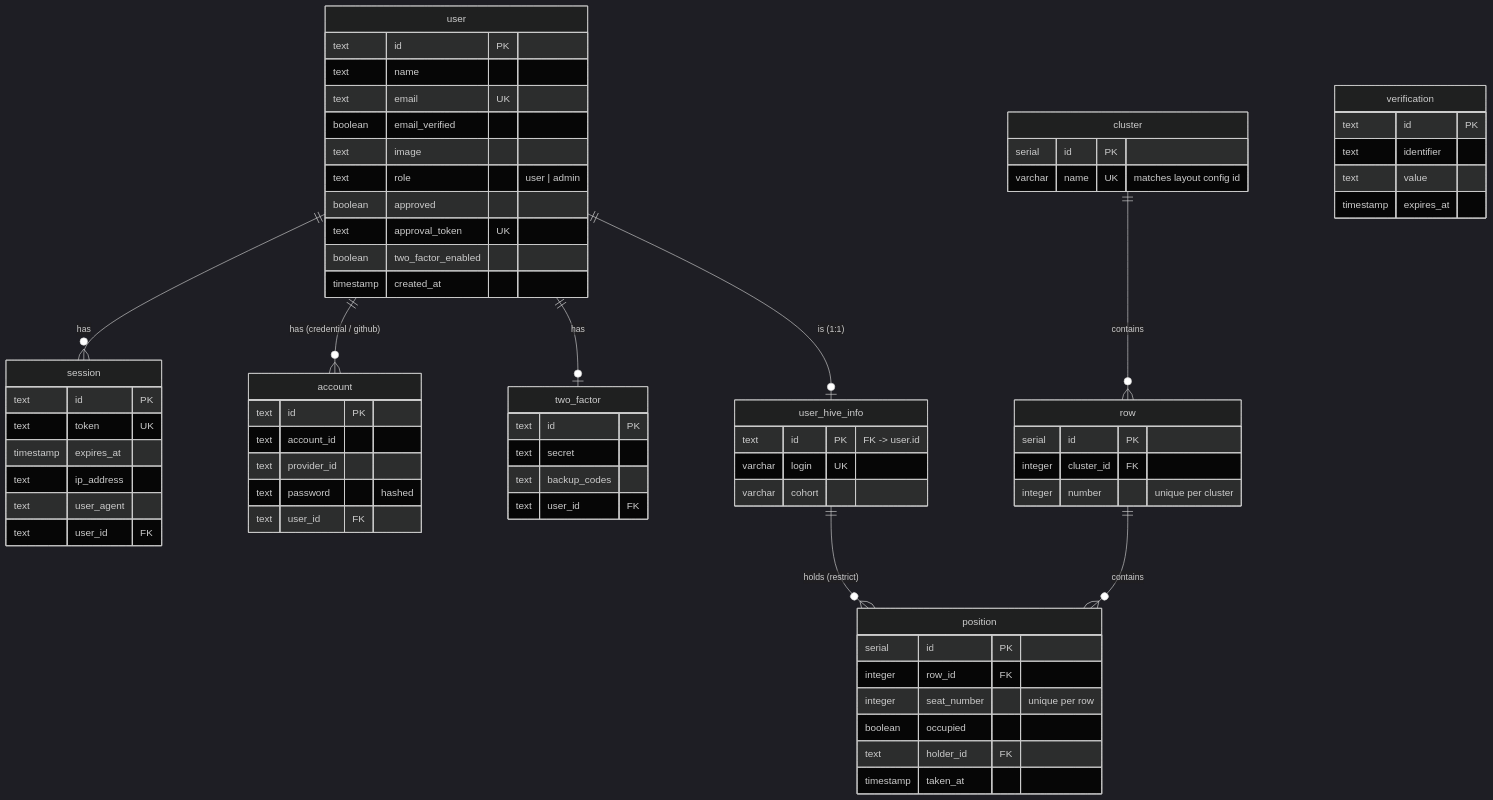
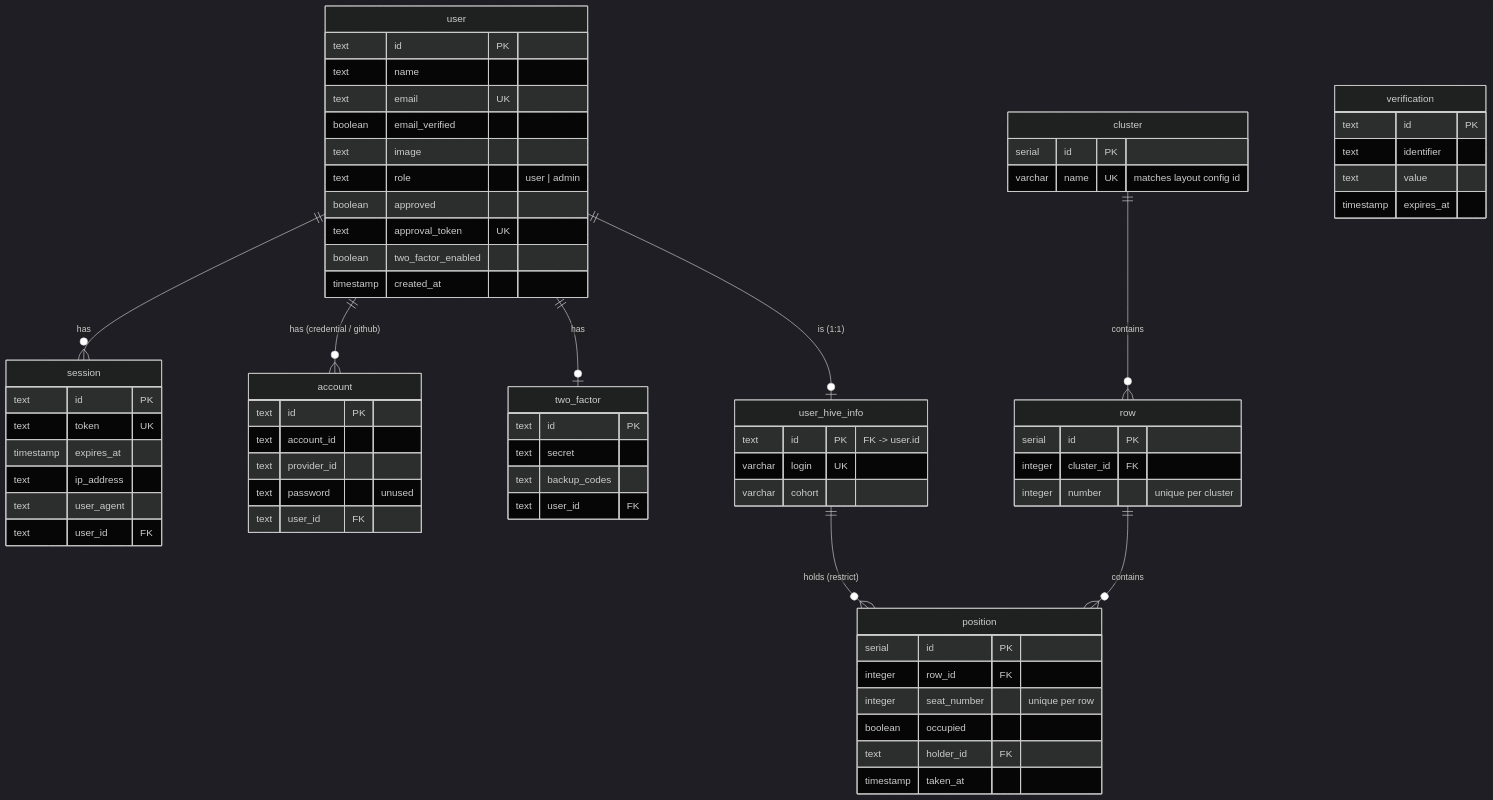
The diagram in README.md (a-kuchmambetov/cluster_map), drawn with Mermaid (dark theme) before and after one commit. The commit also changed other lines of this file and 50 other files, not shown here.

````diff
--- a/README.md
+++ b/README.md
@@ -247,72 +243,72 @@
 ```mermaid
 erDiagram
     user ||--o{ session : has
     user ||--o{ account : "has (credential / github)"
     user ||--o| two_factor : has
     user ||--o| user_hive_info : "is (1:1)"
     cluster ||--o{ row : contains
     row ||--o{ position : contains
     user_hive_info ||--o{ position : "holds (restrict)"
 
     user {
         text id PK
         text name
         text email UK
         boolean email_verified
         text image
         text role "user | admin"
         boolean approved
         text approval_token UK
         boolean two_factor_enabled
         timestamp created_at
     }
     session {
         text id PK
         text token UK
         timestamp expires_at
         text ip_address
         text user_agent
         text user_id FK
     }
     account {
         text id PK
         text account_id
         text provider_id
-        text password "hashed"
+        text password "unused"
         text user_id FK
     }
     verification {
         text id PK
         text identifier
         text value
         timestamp expires_at
     }
     two_factor {
         text id PK
         text secret
         text backup_codes
         text user_id FK
     }
     user_hive_info {
         text id PK "FK -> user.id"
         varchar login UK
         varchar cohort
     }
     cluster {
         serial id PK
         varchar name UK "matches layout config id"
     }
     row {
         serial id PK
         integer cluster_id FK
         integer number "unique per cluster"
     }
     position {
         serial id PK
         integer row_id FK
         integer seat_number "unique per row"
         boolean occupied
         text holder_id FK
         timestamp taken_at
     }
 ```
````
